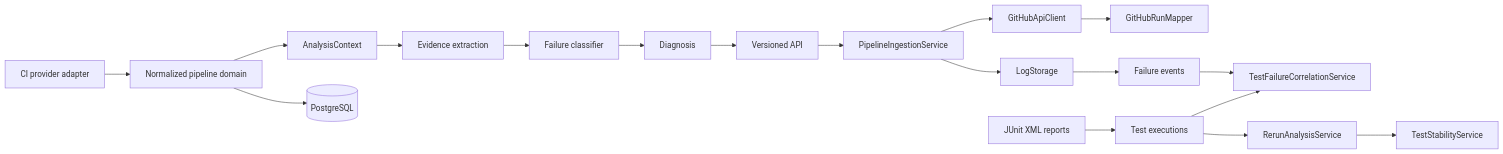
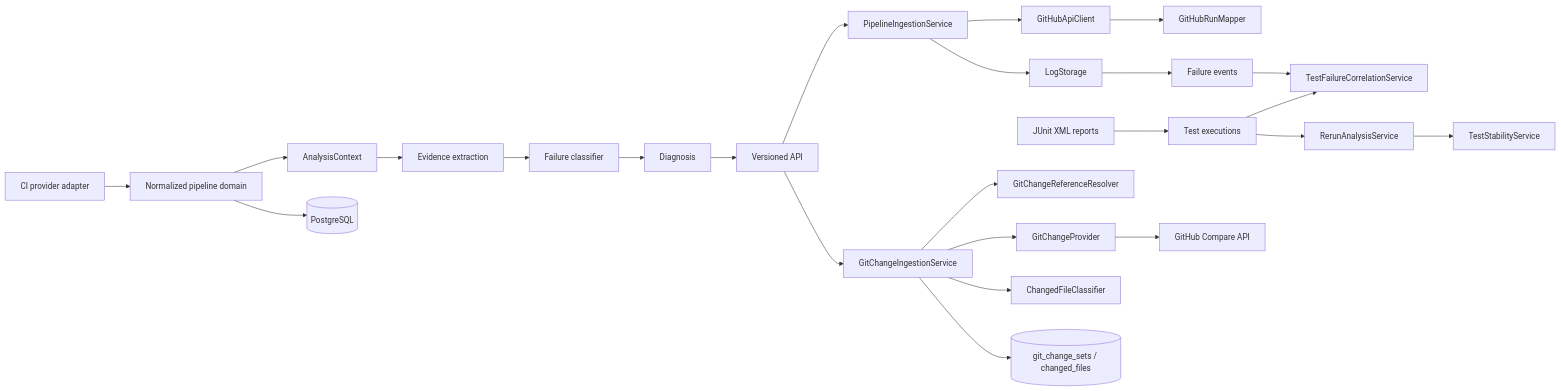
Before and after one commit to Phantom-scream/Axiom: the diagram in docs/architecture.md, drawn with Mermaid. The commit also changed other lines of this file and 41 other files, not shown here.

Commit message:
feat: complete git change ingestion

````diff
--- a/docs/architecture.md
+++ b/docs/architecture.md
@@ -5,20 +5,26 @@
 ```mermaid
 flowchart LR
   P[CI provider adapter] --> N[Normalized pipeline domain]
   N --> C[AnalysisContext]
   C --> E[Evidence extraction]
   E --> F[Failure classifier]
   F --> D[Diagnosis]
   D --> API[Versioned API]
   N --> DB[(PostgreSQL)]
   API --> I[PipelineIngestionService]
   I --> G[GitHubApiClient]
   G --> M[GitHubRunMapper]
   I --> L[LogStorage]
   L --> FE[Failure events]
   TR[JUnit XML reports] --> TE[Test executions]
   FE --> TC[TestFailureCorrelationService]
   TE --> TC
   TE --> RA[RerunAnalysisService]
   RA --> TS[TestStabilityService]
+  API --> GI[GitChangeIngestionService]
+  GI --> GR[GitChangeReferenceResolver]
+  GI --> GP[GitChangeProvider]
+  GP --> GC[GitHub Compare API]
+  GI --> CF[ChangedFileClassifier]
+  GI --> GDB[(git_change_sets / changed_files)]
 ```
````
